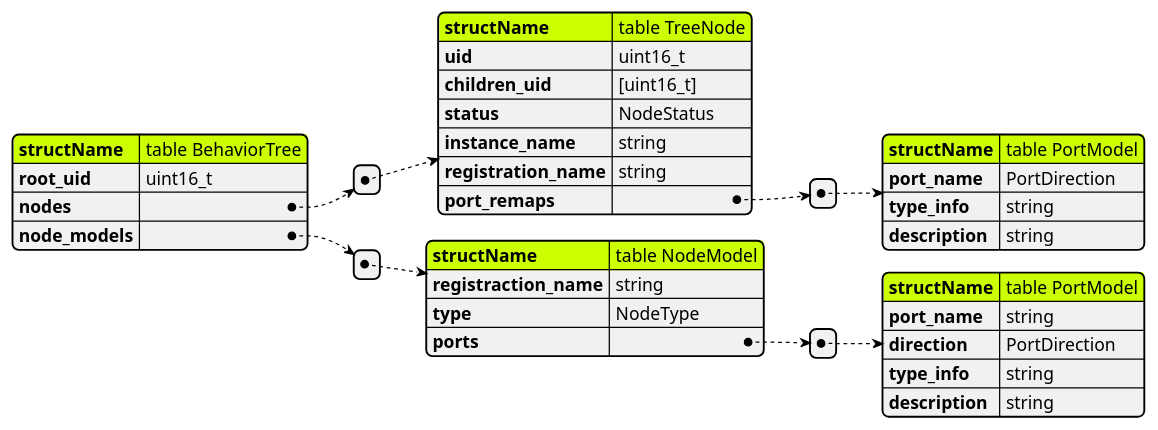
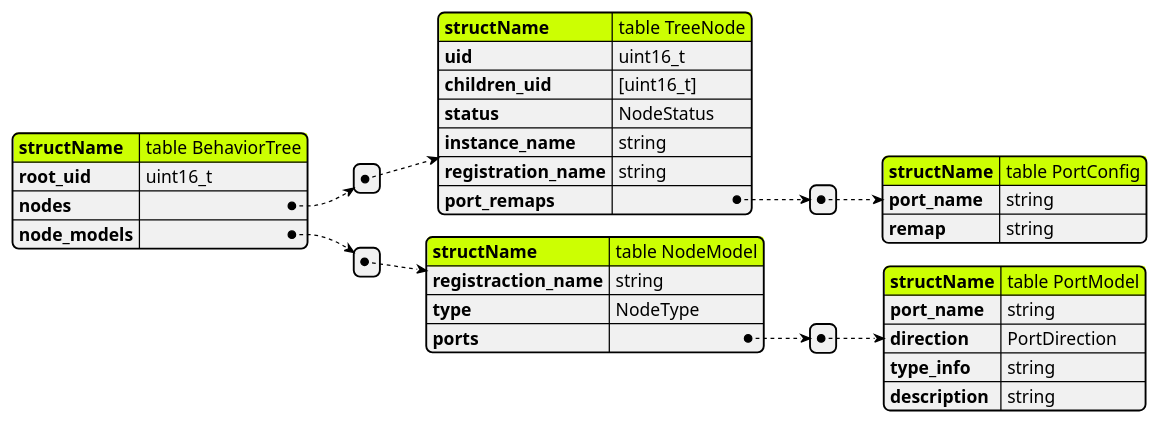
One commit to lightAxis/BT_Lite changed the diagram in LoggingJSON.plantuml. Above: the diagram before and after it, drawn with PlantUML. The commit also changed 2 other files, not shown here.

```diff
--- a/LoggingJSON.plantuml
+++ b/LoggingJSON.plantuml
@@ -1,49 +1,48 @@
 @startjson LoggerJSON
 #highlight "structName"
 #highlight "nodes" / "0" / "structName"
 #highlight "nodes" / "0" / "port_remaps" / "0" / "structName"
 #highlight "node_models" / "0" / "structName"
 #highlight "node_models" / "0" / "ports" / "0" / "structName"
 {
     "structName" : "table BehaviorTree",
     "root_uid" : "uint16_t",
     "nodes" : 
     [
         {
             "structName" : "table TreeNode",
             "uid" : "uint16_t",
             "children_uid" : "[uint16_t]",
             "status" : "NodeStatus",
             "instance_name" : "string",
             "registration_name" : "string",
             "port_remaps" : 
             [
                 {
-                    "structName" : "table PortModel",
-                    "port_name" : "PortDirection",
-                    "type_info" : "string",
-                    "description" : "string"
+                    "structName" : "table PortConfig",
+                    "port_name" : "string",
+                    "remap" : "string"
                 }
             ]
         }
     ],
     "node_models" : 
     [
         {
             "structName" : "table NodeModel",
             "registraction_name" : "string",
             "type" : "NodeType",
             "ports" : 
             [
                 {
                     "structName" : "table PortModel",
                     "port_name" : "string",
                     "direction" : "PortDirection",
                     "type_info" : "string",
                     "description" : "string"
                 }
             ]
         }
     ]
 }
 @endjson
```
